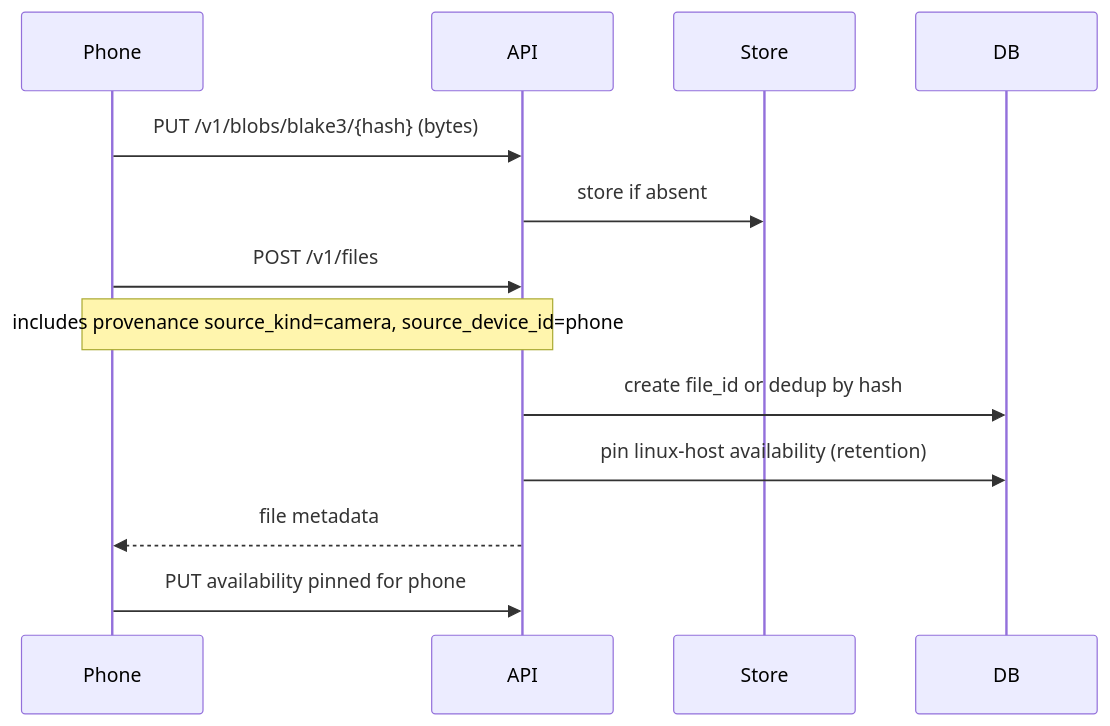
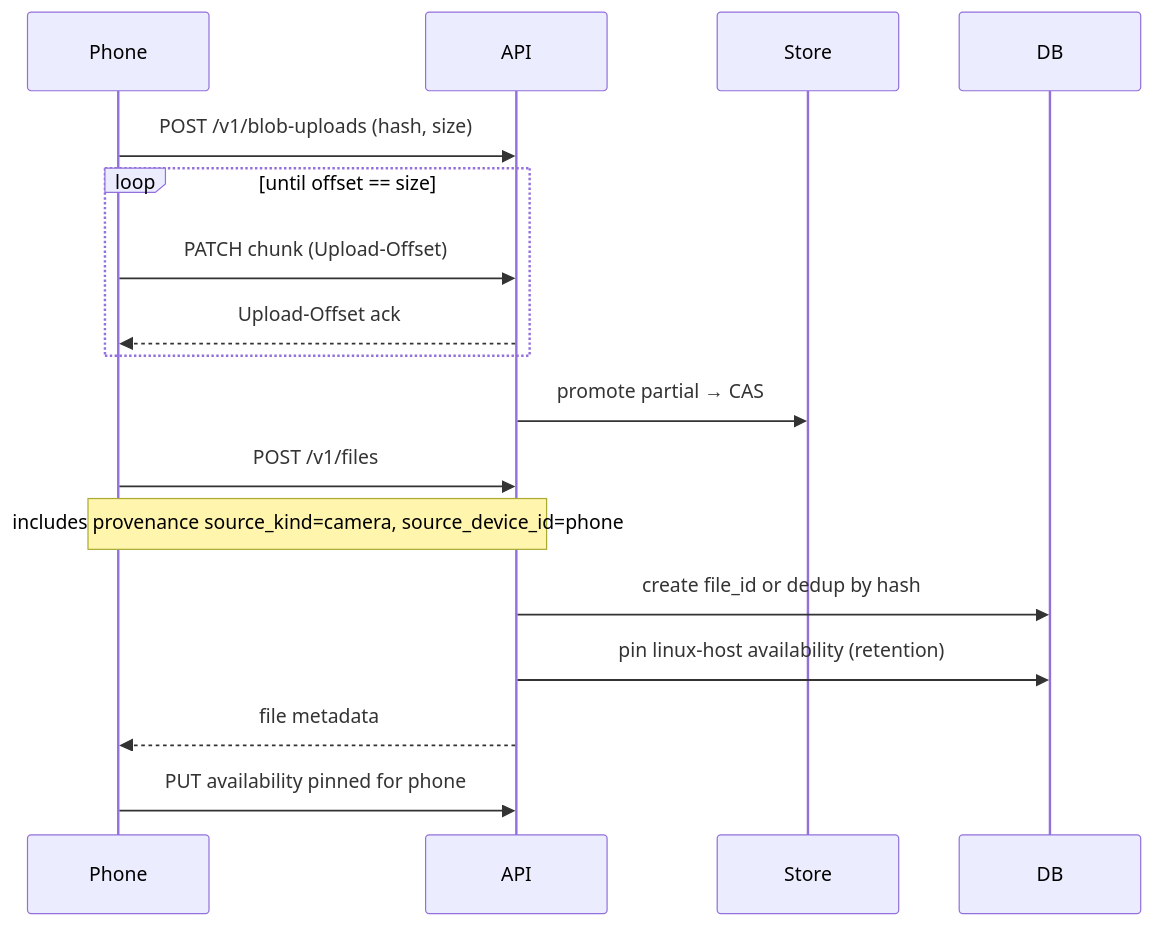
One commit to hamburg1r/homesync changed the second of 4 diagrams in docs/sync-protocol.md. Above: the diagram before and after it, drawn with Mermaid. The commit also changed other lines of this file and 33 other files, not shown here.

First line of the commit message:
Add resumable phone ingest uploads and skip pin-store copies.

````diff
--- a/docs/sync-protocol.md
+++ b/docs/sync-protocol.md
@@ -190,16 +205,20 @@
 ```mermaid
 sequenceDiagram
   participant Phone
   participant API
   participant Store
   participant DB
 
-  Phone->>API: PUT /v1/blobs/blake3/{hash} (bytes)
-  API->>Store: store if absent
+  Phone->>API: POST /v1/blob-uploads (hash, size)
+  loop until offset == size
+    Phone->>API: PATCH chunk (Upload-Offset)
+    API-->>Phone: Upload-Offset ack
+  end
+  API->>Store: promote partial → CAS
   Phone->>API: POST /v1/files
   Note over Phone,API: includes provenance source_kind=camera, source_device_id=phone
   API->>DB: create file_id or dedup by hash
   API->>DB: pin linux-host availability (retention)
   API-->>Phone: file metadata
   Phone->>API: PUT availability pinned for phone
 ```
````
